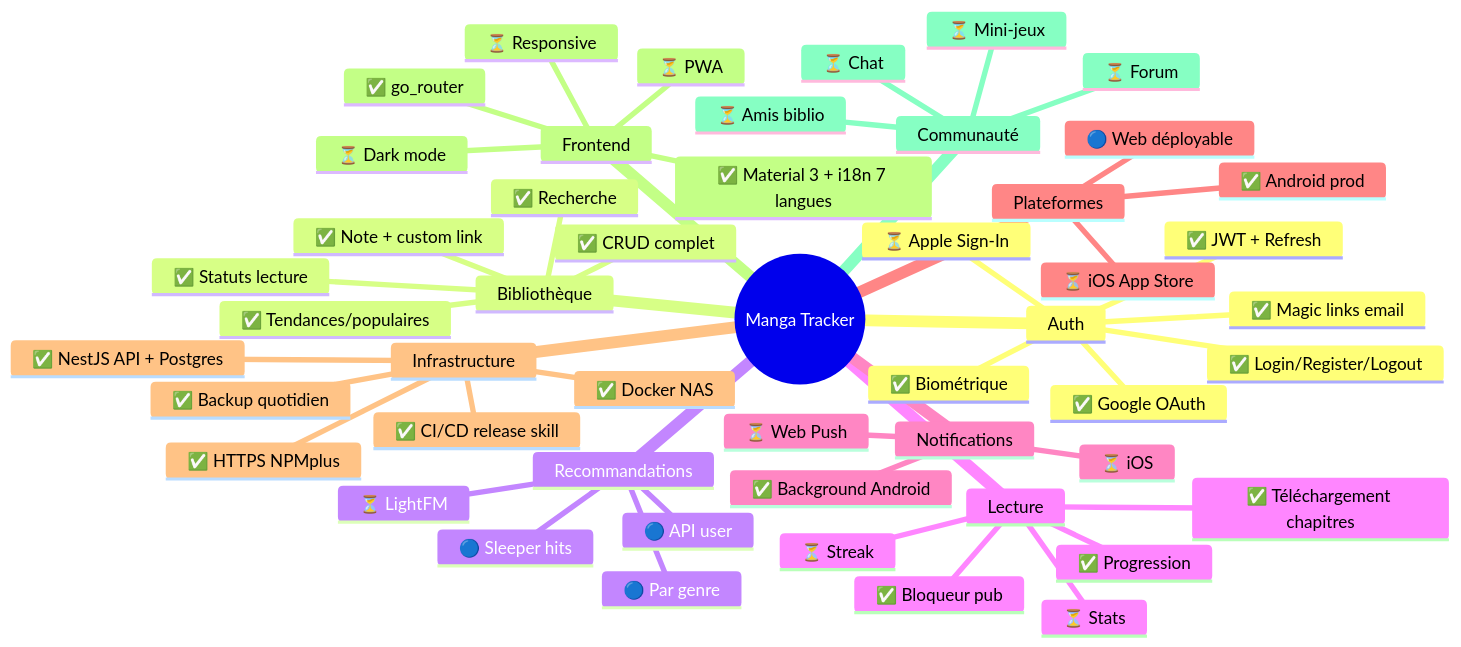
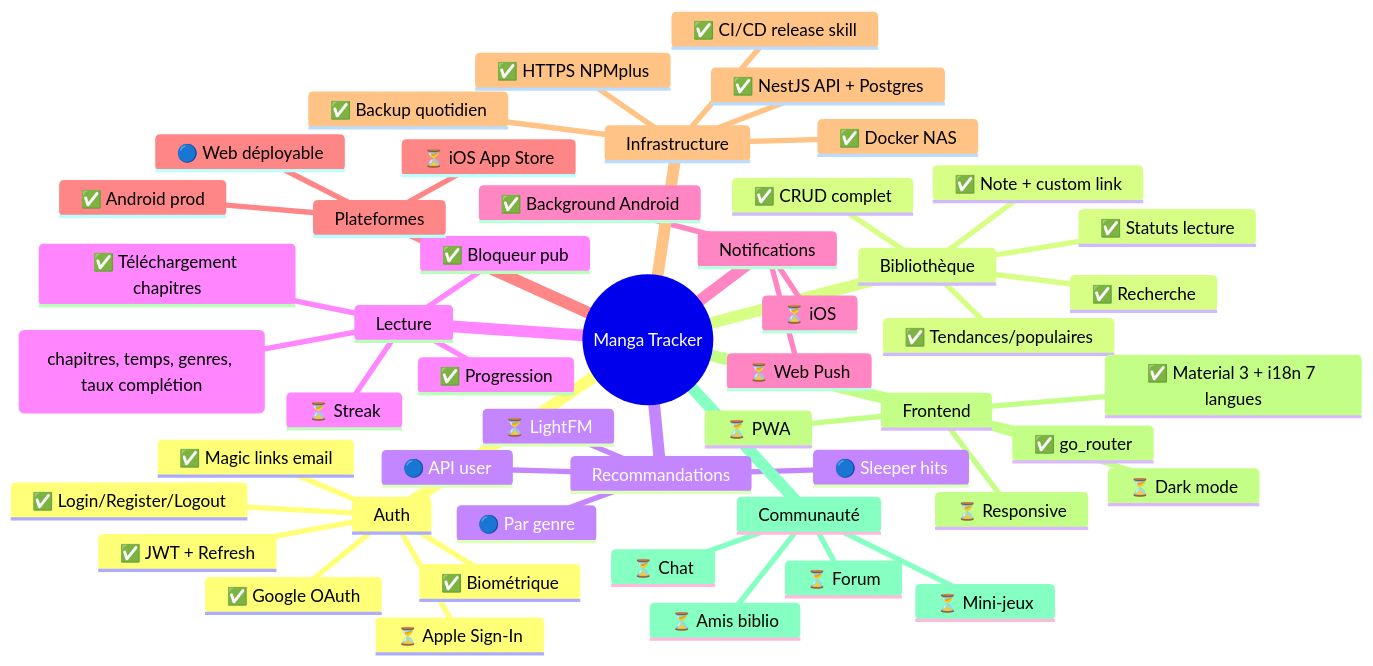
One commit to BladeBuru/manga_tracker changed the diagram in .claude/memory-bank/roadmap.md. Above: the diagram before and after it, drawn with Mermaid. The commit also changed other lines of this file and 182 other files, not shown here.

````diff
--- a/.claude/memory-bank/roadmap.md
+++ b/.claude/memory-bank/roadmap.md
@@ -283,53 +293,53 @@
 ```mermaid
 mindmap
   root((Manga Tracker))
     Auth
       ✅ Login/Register/Logout
       ✅ JWT + Refresh
       ✅ Biométrique
       ✅ Google OAuth
       ✅ Magic links email
       ⏳ Apple Sign-In
     Bibliothèque
       ✅ CRUD complet
       ✅ Statuts lecture
       ✅ Note + custom link
       ✅ Recherche
       ✅ Tendances/populaires
     Recommandations
       🔵 API user
       🔵 Par genre
       🔵 Sleeper hits
       ⏳ LightFM
     Lecture
       ✅ Progression
       ✅ Téléchargement chapitres
       ✅ Bloqueur pub
-      ⏳ Stats
+      ✅ Stats (chapitres, temps, genres, taux complétion)
       ⏳ Streak
     Notifications
       ✅ Background Android
       ⏳ iOS
       ⏳ Web Push
     Plateformes
       ✅ Android prod
       🔵 Web déployable
       ⏳ iOS App Store
     Infrastructure
       ✅ NestJS API + Postgres
       ✅ Docker NAS
       ✅ Backup quotidien
       ✅ HTTPS NPMplus
       ✅ CI/CD release skill
     Frontend
       ✅ Material 3 + i18n 7 langues
       ✅ go_router
       ⏳ Dark mode
       ⏳ Responsive
       ⏳ PWA
     Communauté
       ⏳ Forum
       ⏳ Chat
       ⏳ Mini-jeux
       ⏳ Amis biblio
 ```
````
